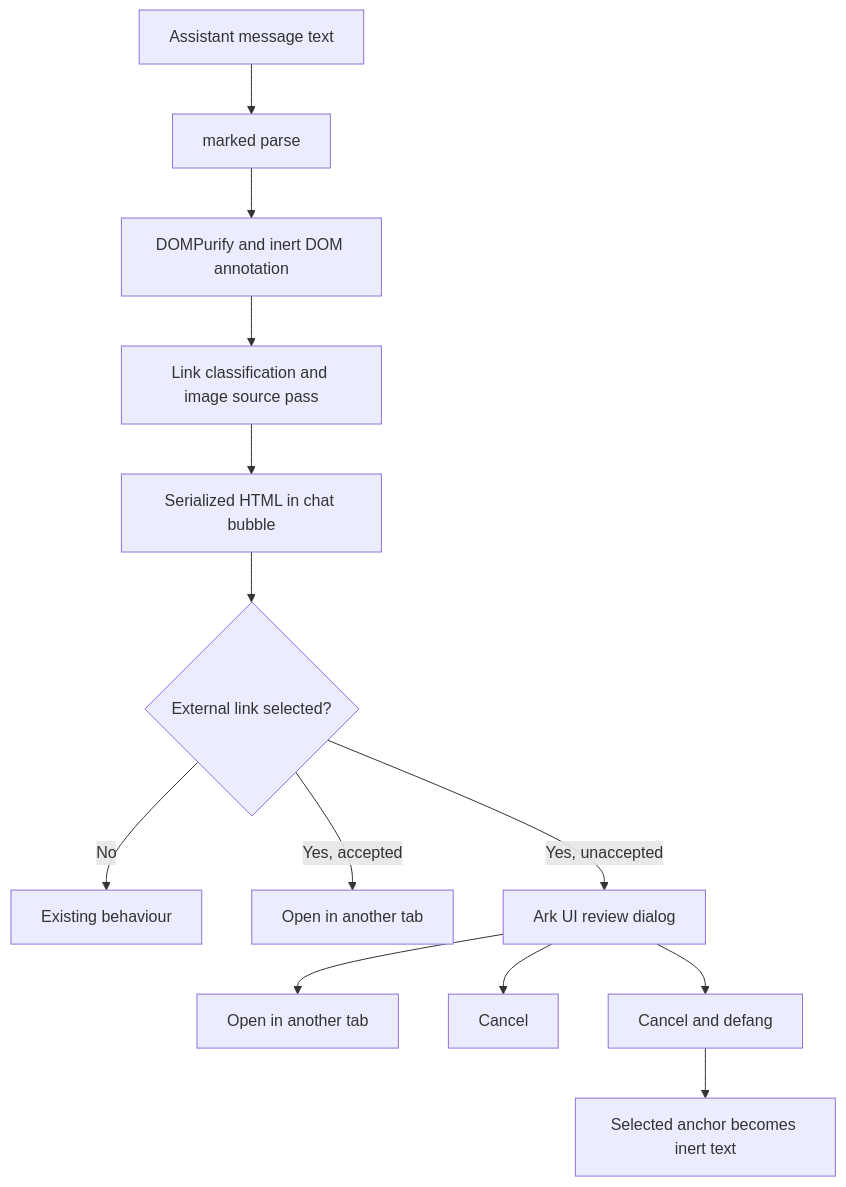
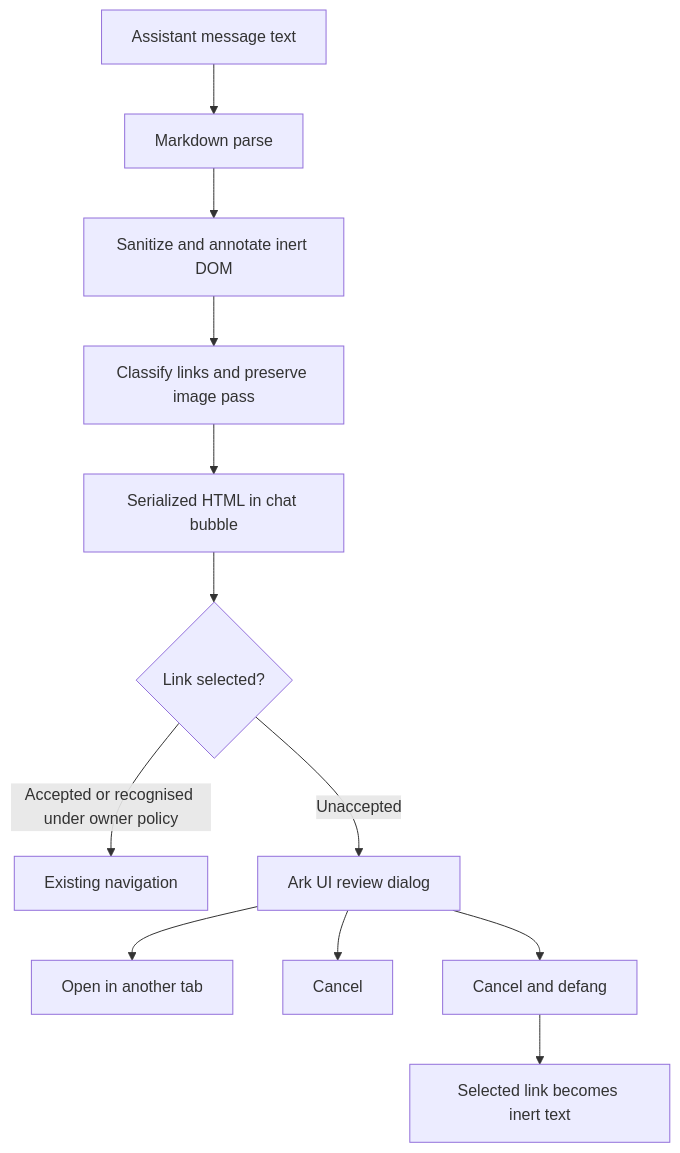
One commit to mknw/hames-playground changed the diagram in docs/plan/link-verification.md. Above: the diagram before and after it, drawn with Mermaid. The commit also changed other lines of this file, not shown here.

Commit message:
docs(plan): refine chat link review design

````diff
--- a/docs/plan/link-verification.md
+++ b/docs/plan/link-verification.md
@@ -21,15 +19,14 @@
 ```mermaid
 flowchart TD
-    A[Assistant message text] --> B[marked parse]
-    B --> C[DOMPurify and inert DOM annotation]
-    C --> D[Link classification and image source pass]
+    A[Assistant message text] --> B[Markdown parse]
+    B --> C[Sanitize and annotate inert DOM]
+    C --> D[Classify links and preserve image pass]
     D --> E[Serialized HTML in chat bubble]
-    E --> F{External link selected?}
-    F -- No --> G[Existing behaviour]
-    F -- Yes, accepted --> H[Open in another tab]
-    F -- Yes, unaccepted --> I[Ark UI review dialog]
-    I --> J[Open in another tab]
-    I --> K[Cancel]
-    I --> L[Cancel and defang]
-    L --> M[Selected anchor becomes inert text]
+    E --> F{Link selected?}
+    F -- Accepted or recognised under owner policy --> G[Existing navigation]
+    F -- Unaccepted --> H[Ark UI review dialog]
+    H --> I[Open in another tab]
+    H --> J[Cancel]
+    H --> K[Cancel and defang]
+    K --> L[Selected link becomes inert text]
 ```
````
